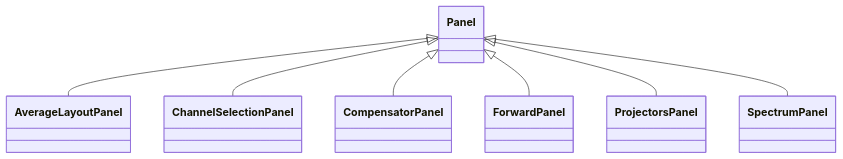
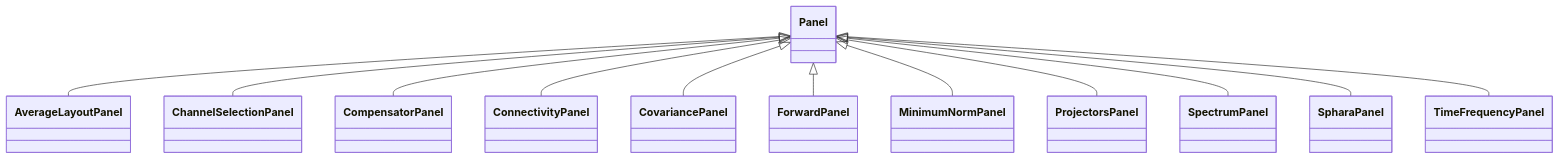
Before and after one commit to mne-tools/mne-cpp: the diagram in doc/website/docs/api/viz/panel.mdx, drawn with Mermaid. The commit also changed 27 other files, not shown here.

````diff
--- a/doc/website/docs/api/viz/panel.mdx
+++ b/doc/website/docs/api/viz/panel.mdx
@@ -39,15 +39,25 @@
 ```mermaid
 classDiagram
     Panel <|-- AverageLayoutPanel
     click AverageLayoutPanel href "../../viz/average-layout-panel/"
     Panel <|-- ChannelSelectionPanel
     click ChannelSelectionPanel href "../../viz/channel-selection-panel/"
     Panel <|-- CompensatorPanel
     click CompensatorPanel href "../../viz/compensator-panel/"
+    Panel <|-- ConnectivityPanel
+    click ConnectivityPanel href "../../viz/connectivity-panel/"
+    Panel <|-- CovariancePanel
+    click CovariancePanel href "../../viz/covariance-panel/"
     Panel <|-- ForwardPanel
     click ForwardPanel href "../../viz/forward-panel/"
+    Panel <|-- MinimumNormPanel
+    click MinimumNormPanel href "../../viz/minimum-norm-panel/"
     Panel <|-- ProjectorsPanel
     click ProjectorsPanel href "../../viz/projectors-panel/"
     Panel <|-- SpectrumPanel
     click SpectrumPanel href "../../viz/spectrum-panel/"
+    Panel <|-- SpharaPanel
+    click SpharaPanel href "../../viz/sphara-panel/"
+    Panel <|-- TimeFrequencyPanel
+    click TimeFrequencyPanel href "../../viz/time-frequency-panel/"
 ```
````
